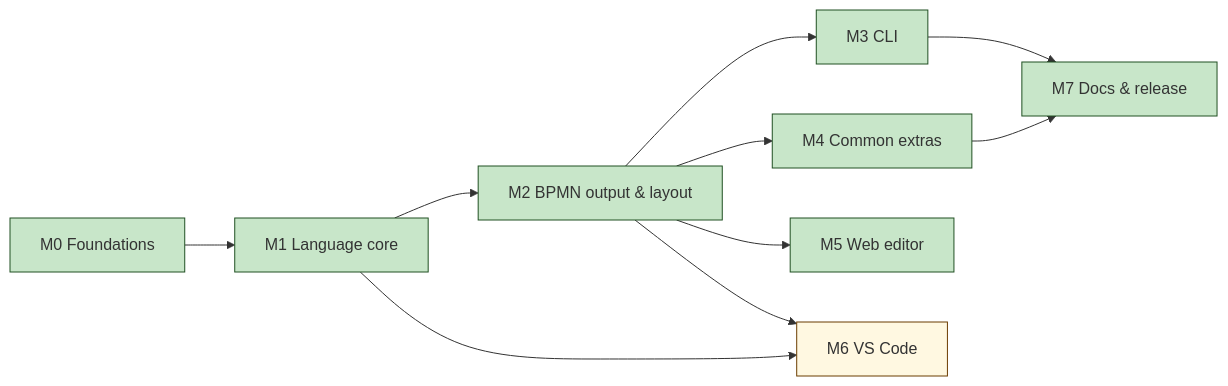
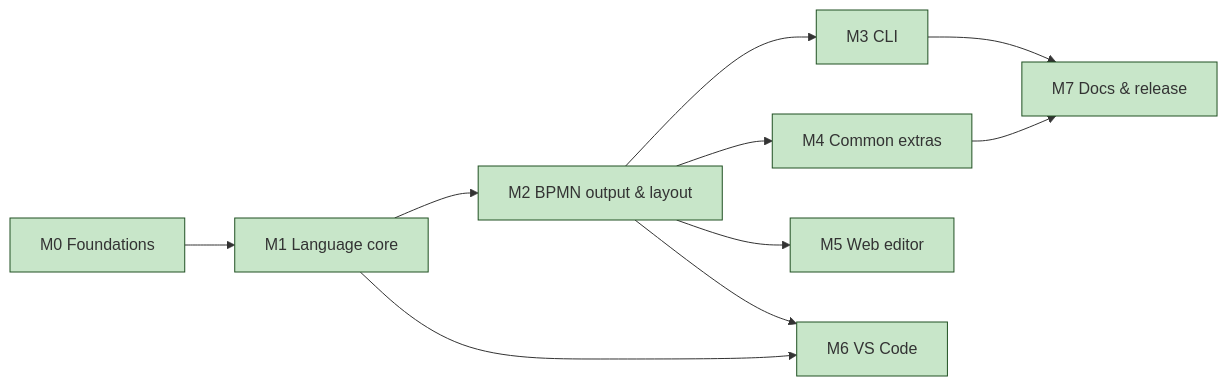
Before and after one commit to markbac/bpmn-text: the diagram in docs/development-plan.md, drawn with Mermaid. The commit also changed other lines of this file and 32 other files, not shown here.

````diff
--- a/docs/development-plan.md
+++ b/docs/development-plan.md
@@ -22,15 +22,14 @@
 ```mermaid
 flowchart LR
   M0[M0 Foundations] --> M1[M1 Language core] --> M2[M2 BPMN output & layout]
   M2 --> M3[M3 CLI]
   M2 --> M4[M4 Common extras]
   M2 --> M5[M5 Web editor]
   M1 --> M6[M6 VS Code]
   M2 --> M6
   M3 --> M7[M7 Docs & release]
   M4 --> M7
   classDef done fill:#C8E6C9,stroke:#205022
   classDef open fill:#FFF8E1,stroke:#6B3C00
-  class M0,M1,M2,M3,M4,M5,M7 done
-  class M6 open
+  class M0,M1,M2,M3,M4,M5,M6,M7 done
 ```
````
